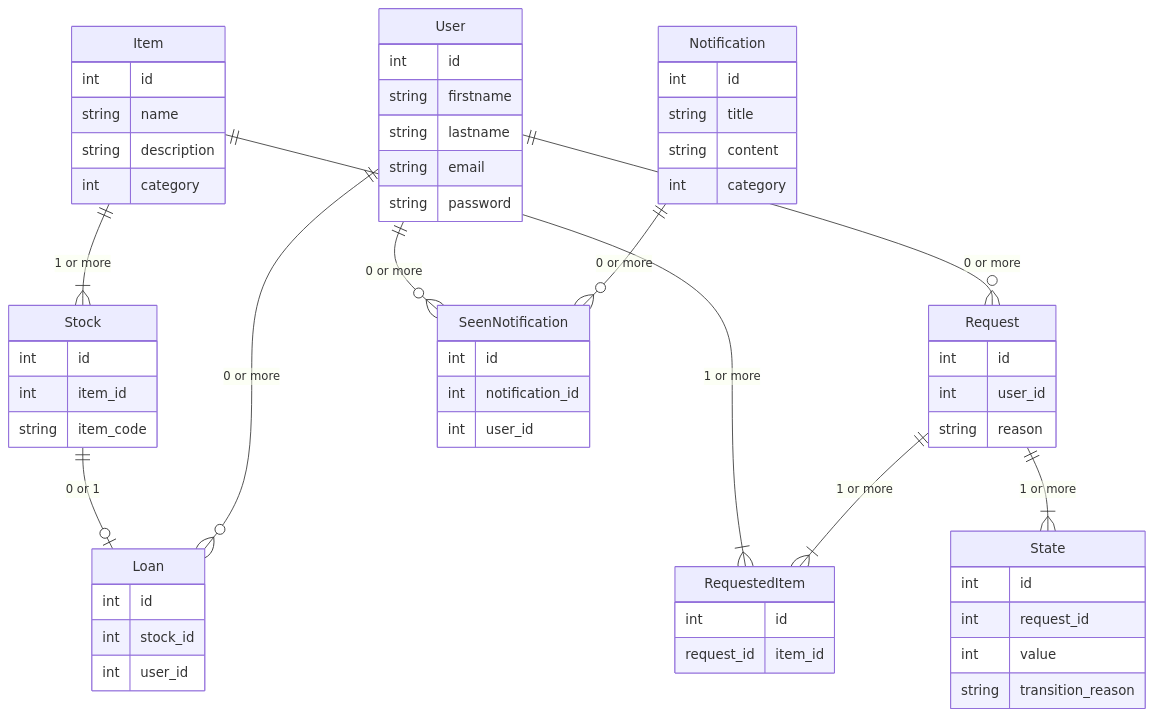
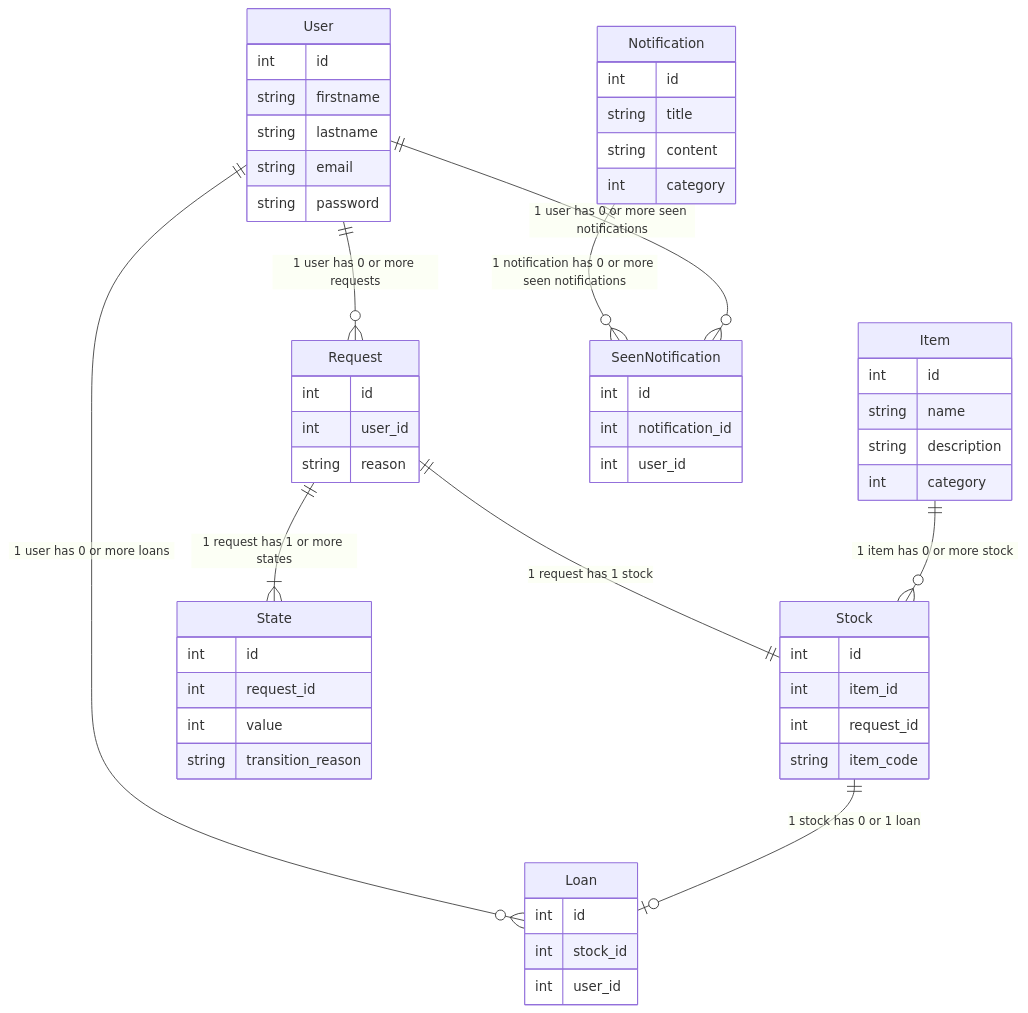
The second of 3 diagrams in .docs/entities.md (wheesnoza/item-loan-tracker), drawn with Mermaid before and after one commit. The commit also changed other lines of this file and 16 other files, not shown here.

Commit message:
Refact relations of request an item stock.

````diff
--- a/.docs/entities.md
+++ b/.docs/entities.md
@@ -35,62 +35,57 @@
 ```mermaid
 erDiagram
 	User {
 		int id
 		string firstname
 		string lastname
 		string email
 		string password
 	}
 	Item {
 		int id
 		string name
 		string description
 		int category
 	}
 	Stock {
 		int id
 		int item_id
+		int request_id
 		string item_code
 	}
 	Loan {
 		int id
 		int stock_id
 		int user_id
 	}
 	Request {
 		int id
 		int user_id
 		string reason
-	}
-	RequestedItem {
-		int id
-		request_id
-		item_id
 	}
 	State {
 		int id
 		int request_id
 		int value
 		string transition_reason
 	}
 	Notification {
 		int id
 		string title
 		string content
 		int category
 	}
 	SeenNotification {
 		int id
 		int notification_id
 		int user_id
 	}
-  User ||--o{ Loan : "0 or more"
-  User ||--o{ Request : "0 or more"
-  Stock ||--o| Loan : "0 or 1"
-  Request ||--|{ RequestedItem : "1 or more"
-  Item ||--|{ RequestedItem : "1 or more"
-  Item ||--|{ Stock : "1 or more"
-  Request ||--|{ State : "1 or more"
-  Notification ||--o{ SeenNotification : "0 or more"
-  User ||--o{ SeenNotification : "0 or more"
+  User ||--o{ Loan : "1 user has 0 or more loans"
+  User ||--o{ Request : "1 user has 0 or more requests"
+  Stock ||--o| Loan : "1 stock has 0 or 1 loan"
+  Request ||--|| Stock : "1 request has 1 stock"
+  Item ||--o{ Stock : "1 item has 0 or more stock"
+  Request ||--|{ State : "1 request has 1 or more states"
+  Notification ||--o{ SeenNotification : "1 notification has 0 or more seen notifications"
+  User ||--o{ SeenNotification : "1 user has 0 or more seen notifications"
 ```
````
